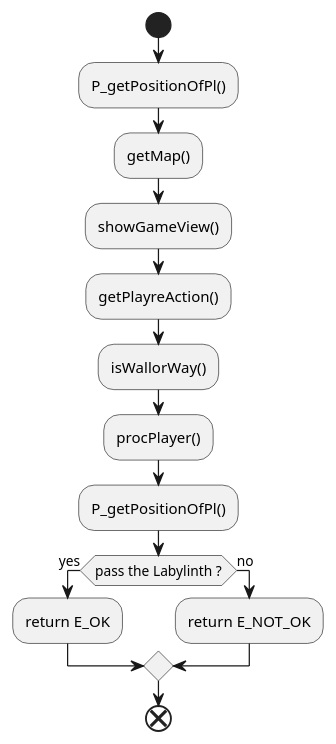
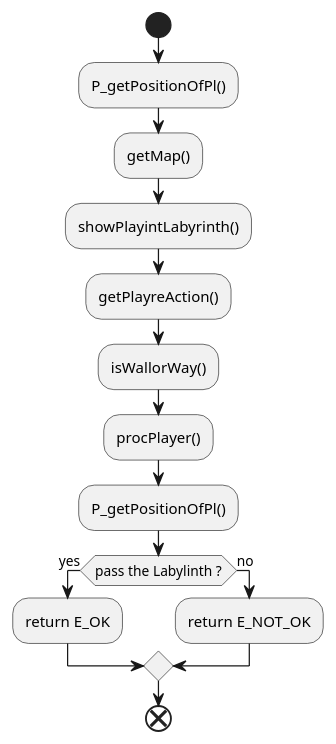
The diagram in Doc/A_procGame.pu (horiyoshihiro/LabyrinthGame), drawn with PlantUML before and after one commit. The commit also changed 35 other files, not shown here.

```diff
--- a/Doc/A_procGame.pu
+++ b/Doc/A_procGame.pu
@@ -1,26 +1,26 @@
 @startuml
 
 start
 
     :P_getPositionOfPl();
     :getMap();
 
-    :showGameView();
+    :showPlayintLabyrinth();
 
     :getPlayreAction();
 
     :isWallorWay();
 
     :procPlayer();
 
     :P_getPositionOfPl();
     if (pass the Labylinth ?) then (yes)
         :return E_OK; 
     else (no)
         :return E_NOT_OK;
         
     endif
 
 end
 
 @enduml
```
